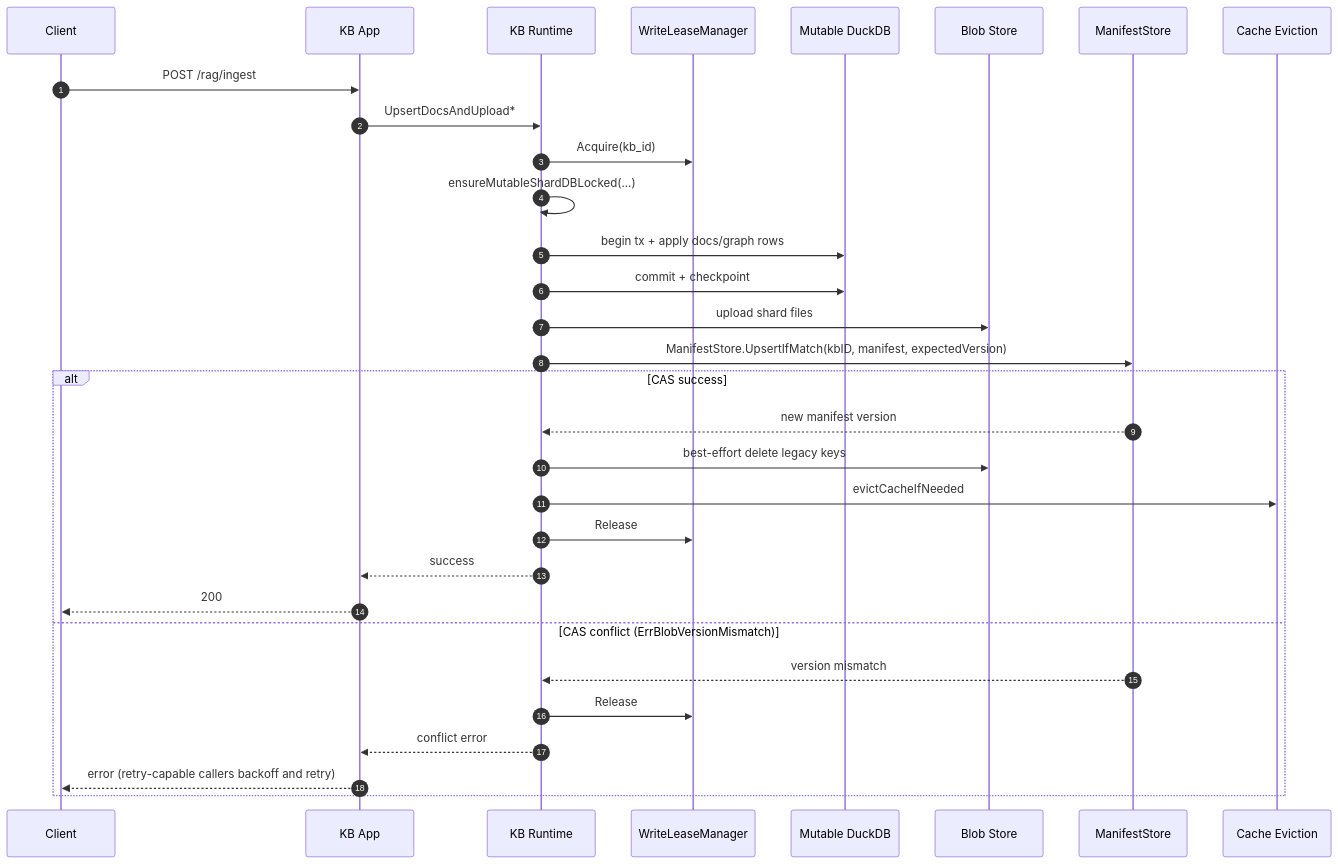
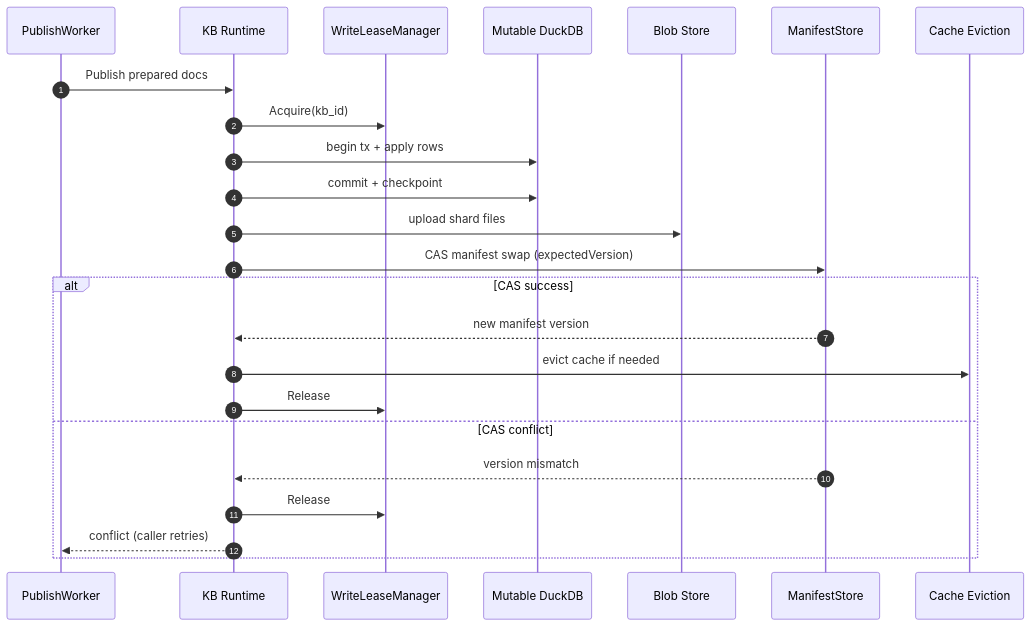
One commit to mikills/minnow changed the second of 3 diagrams in docs/architecture.md. Above: the diagram before and after it, drawn with Mermaid. The commit also changed other lines of this file and 4 other files, not shown here.

````diff
--- a/docs/architecture.md
+++ b/docs/architecture.md
@@ -32,34 +49,27 @@
 ```mermaid
 sequenceDiagram
     autonumber
-    participant C as Client
-    participant A as KB App
+    participant P as PublishWorker
     participant K as KB Runtime
     participant L as WriteLeaseManager
     participant D as Mutable DuckDB
     participant B as Blob Store
     participant M as ManifestStore
     participant E as Cache Eviction
 
-    C->>A: POST /rag/ingest
-    A->>K: UpsertDocsAndUpload*
+    P->>K: Publish prepared docs
     K->>L: Acquire(kb_id)
-    K->>K: ensureMutableShardDBLocked(...)
-    K->>D: begin tx + apply docs/graph rows
+    K->>D: begin tx + apply rows
     K->>D: commit + checkpoint
     K->>B: upload shard files
-    K->>M: ManifestStore.UpsertIfMatch(kbID, manifest, expectedVersion)
+    K->>M: CAS manifest swap (expectedVersion)
     alt CAS success
         M-->>K: new manifest version
-        K->>B: best-effort delete legacy keys
-        K->>E: evictCacheIfNeeded
+        K->>E: evict cache if needed
         K->>L: Release
-        K-->>A: success
-        A-->>C: 200
-    else CAS conflict (ErrBlobVersionMismatch)
+    else CAS conflict
         M-->>K: version mismatch
         K->>L: Release
-        K-->>A: conflict error
-        A-->>C: error (retry-capable callers backoff and retry)
+        K-->>P: conflict (caller retries)
     end
 ```
````
